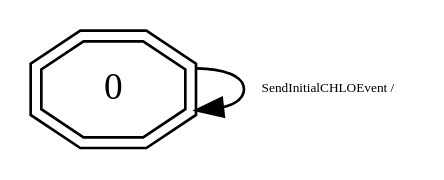
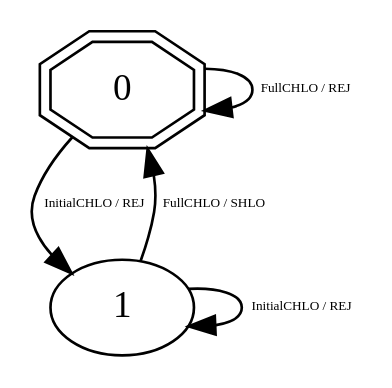
The diagram in quic_server_infer.dot (arpan-vs/pylstar-quic-Q046), drawn with Graphviz before and after one commit. The commit also changed 10 other files, not shown here.

```diff
--- a/quic_server_infer.dot
+++ b/quic_server_infer.dot
@@ -1,4 +1,8 @@
 digraph "Automata" {
 "0" [shape=doubleoctagon, style=filled, fillcolor=white, URL="0"];
-"0" -> "0" [fontsize=5, label="SendInitialCHLOEvent / ", URL="t0"];
+"1" [shape=ellipse, style=filled, fillcolor=white, URL="1"];
+"0" -> "1" [fontsize=5, label="InitialCHLO / REJ", URL="t0"];
+"0" -> "0" [fontsize=5, label="FullCHLO / REJ", URL="t1"];
+"1" -> "1" [fontsize=5, label="InitialCHLO / REJ", URL="t2"];
+"1" -> "0" [fontsize=5, label="FullCHLO / SHLO", URL="t3"];
 }
```
